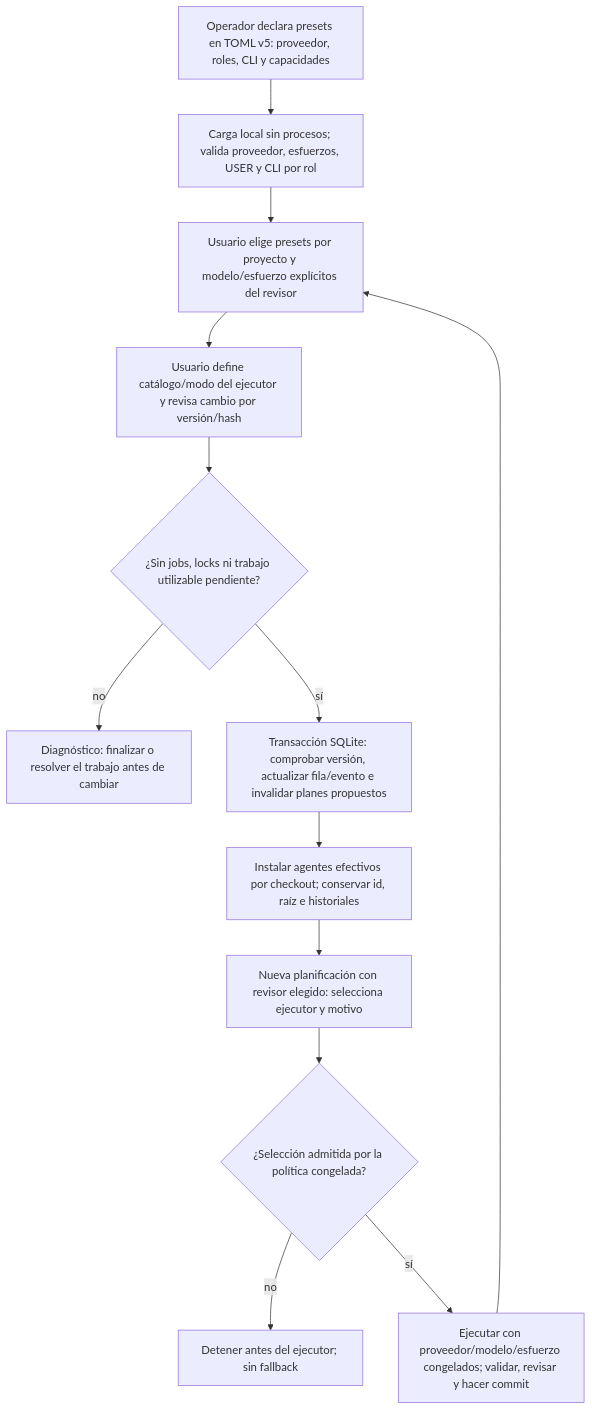
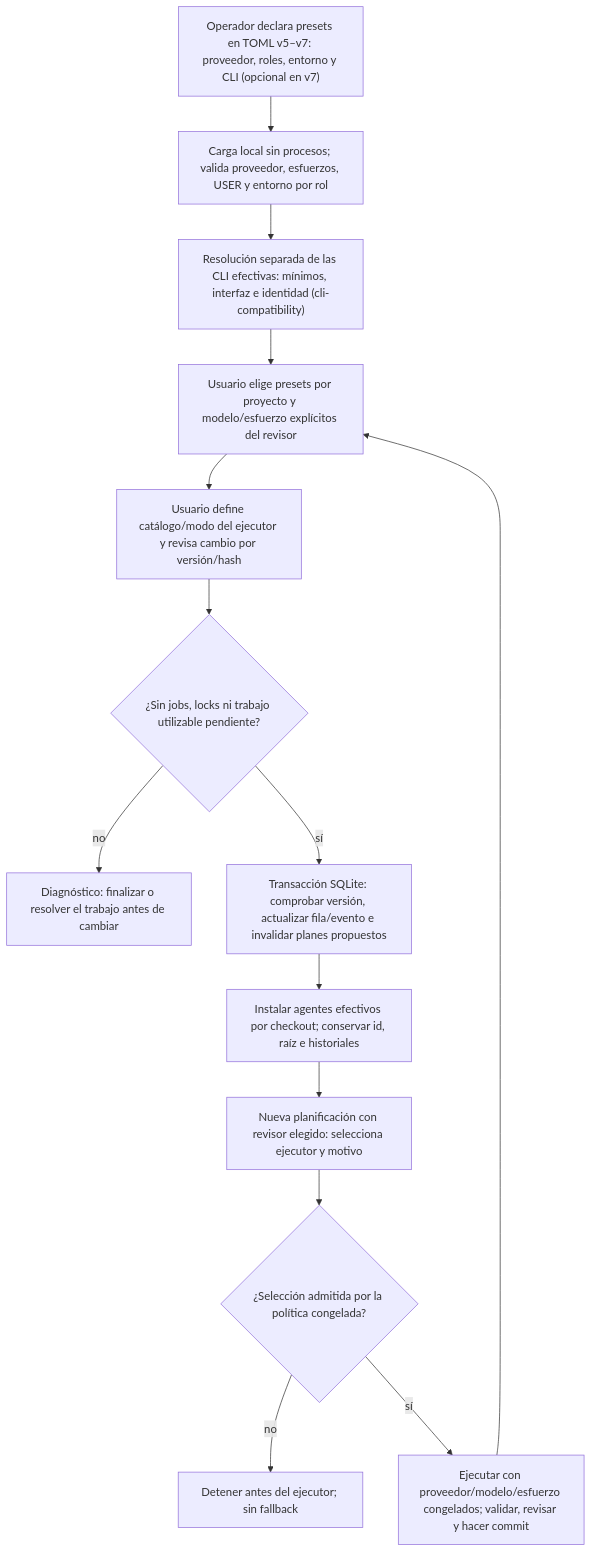
One commit to AcostaDDev/my-harness-archive changed the diagram in docs/flows/project-agents.md. Above: the diagram before and after it, drawn with Mermaid. The commit also changed other lines of this file and 23 other files, not shown here.

First line of the commit message:
docs: complete P011-T013 semantic audit of diagrams and flows

````diff
--- a/docs/flows/project-agents.md
+++ b/docs/flows/project-agents.md
@@ -9,15 +9,17 @@
 ```mermaid
 flowchart TD
-    O["Operador declara presets en TOML v5: proveedor, roles, CLI y capacidades"] --> C["Carga local sin procesos; valida proveedor, esfuerzos, USER y CLI por rol"]
-    C --> U["Usuario elige presets por proyecto y modelo/esfuerzo explícitos del revisor"]
+    O["Operador declara presets en TOML v5–v7: proveedor, roles, entorno y CLI (opcional en v7)"] --> C["Carga local sin procesos; valida proveedor, esfuerzos, USER y entorno por rol"]
+    C --> CL["Resolución separada de las CLI efectivas: mínimos, interfaz e identidad (cli-compatibility)"]
+    CL --> U
+    U["Usuario elige presets por proyecto y modelo/esfuerzo explícitos del revisor"]
     U --> P["Usuario define catálogo/modo del ejecutor y revisa cambio por versión/hash"]
     P --> G{"¿Sin jobs, locks ni trabajo utilizable pendiente?"}
     G -- no --> B["Diagnóstico: finalizar o resolver el trabajo antes de cambiar"]
     G -- sí --> T["Transacción SQLite: comprobar versión, actualizar fila/evento e invalidar planes propuestos"]
     T --> I["Instalar agentes efectivos por checkout; conservar id, raíz e historiales"]
     I --> R["Nueva planificación con revisor elegido: selecciona ejecutor y motivo"]
     R --> V{"¿Selección admitida por la política congelada?"}
     V -- no --> X["Detener antes del ejecutor; sin fallback"]
     V -- sí --> E["Ejecutar con proveedor/modelo/esfuerzo congelados; validar, revisar y hacer commit"]
     E --> U
 ```
````
